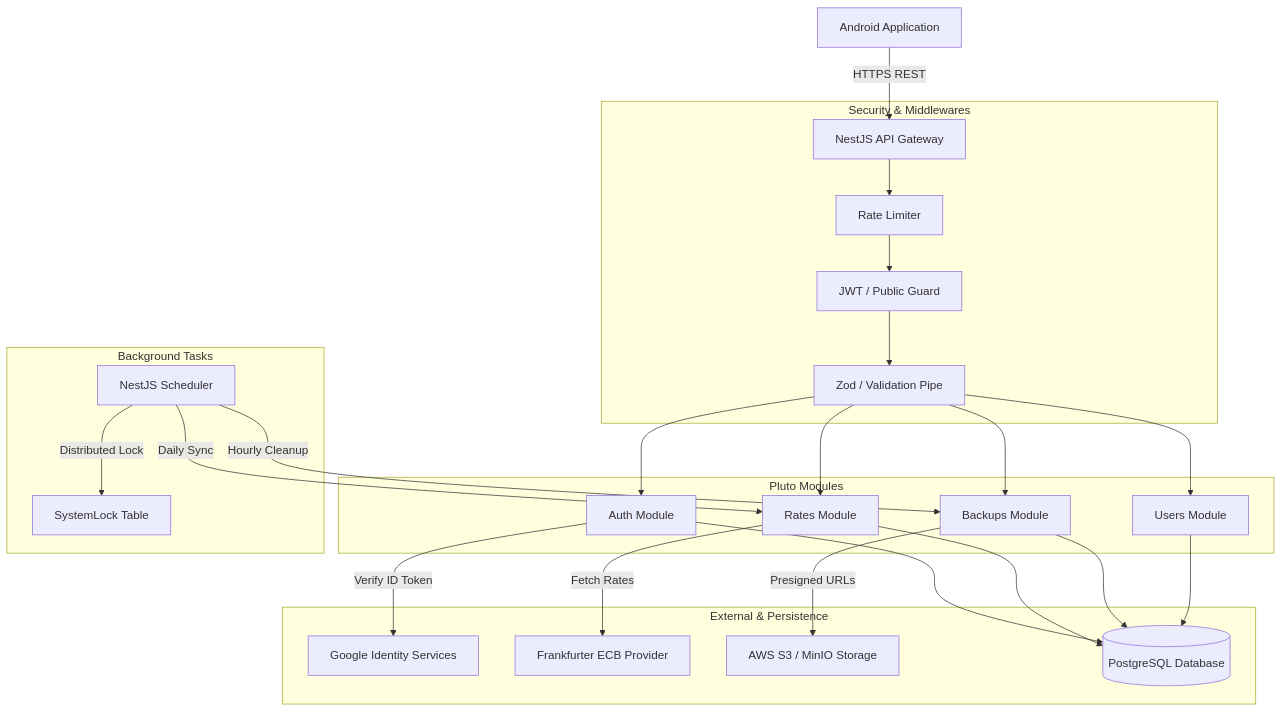
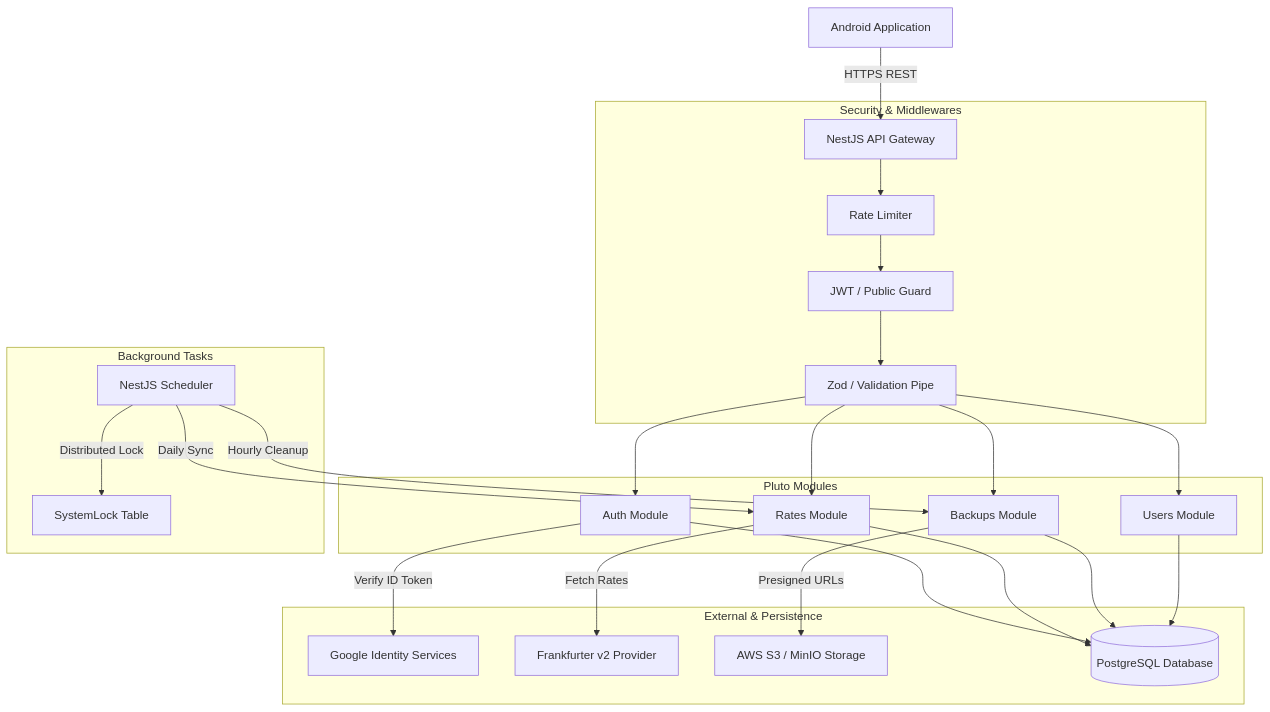
The diagram in apps/server/README.md (dheeraj080/Pluto), drawn with Mermaid before and after one commit. The commit also changed 18 other files, not shown here.

````diff
--- a/apps/server/README.md
+++ b/apps/server/README.md
@@ -55,33 +55,33 @@
 ```mermaid
 graph TD
     Client[Android Application] -->|HTTPS REST| Gateway[NestJS API Gateway]
 
     subgraph Security & Middlewares
         Gateway --> Throttler[Rate Limiter]
         Throttler --> AuthGuard[JWT / Public Guard]
         AuthGuard --> ValPipe[Zod / Validation Pipe]
     end
 
     subgraph Pluto Modules
         ValPipe --> AuthMod[Auth Module]
         ValPipe --> UserMod[Users Module]
         ValPipe --> RatesMod[Rates Module]
         ValPipe --> BackupMod[Backups Module]
     end
 
     subgraph External & Persistence
         AuthMod -->|Verify ID Token| GoogleOAuth[Google Identity Services]
-        RatesMod -->|Fetch Rates| Frankfurter[Frankfurter ECB Provider]
+        RatesMod -->|Fetch Rates| Frankfurter[Frankfurter v2 Provider]
         BackupMod -->|Presigned URLs| S3[AWS S3 / MinIO Storage]
         AuthMod --> Prisma[(PostgreSQL Database)]
         RatesMod --> Prisma
         BackupMod --> Prisma
         UserMod --> Prisma
     end
 
     subgraph Background Tasks
         Scheduler[NestJS Scheduler] -->|Distributed Lock| Lock[SystemLock Table]
         Scheduler -->|Daily Sync| RatesMod
         Scheduler -->|Hourly Cleanup| BackupMod
     end
 ```
````
